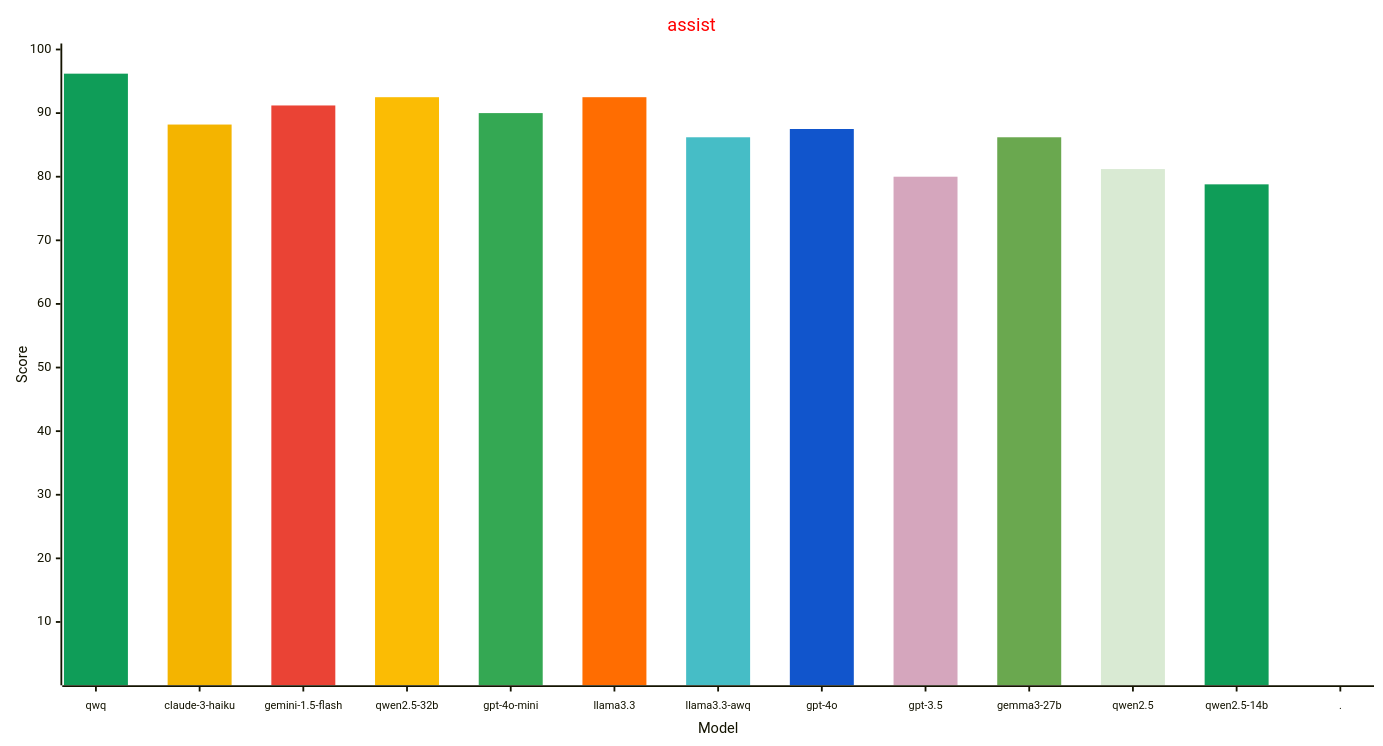
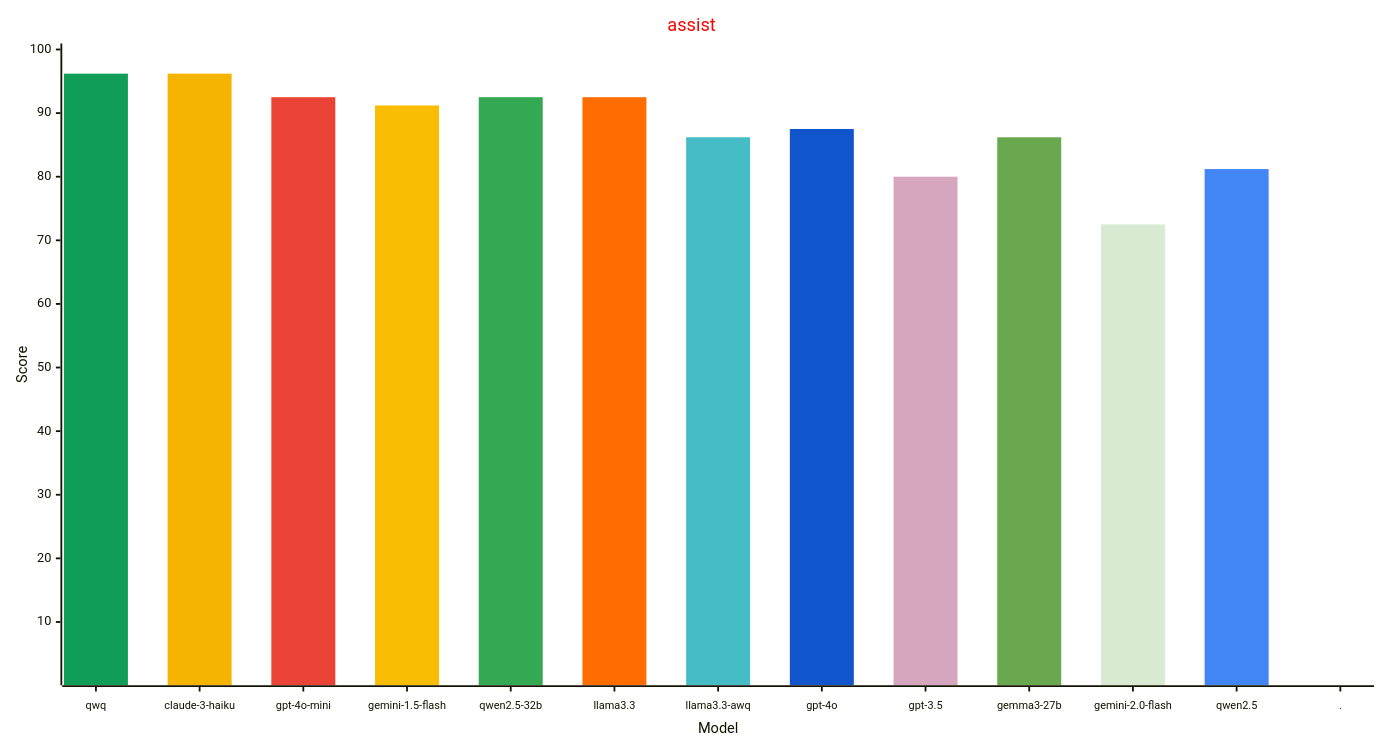
The first of 4 diagrams in reports/README.md (allenporter/home-assistant-datasets), drawn with Mermaid before and after one commit. The commit also changed other lines of this file and 1 other file, not shown here.

````diff
--- a/reports/README.md
+++ b/reports/README.md
@@ -55,33 +55,33 @@
 ```mermaid
 ---
 config:
     xyChart:
         width: 1500
         height: 800
         xAxis:
           labelFontSize: 12
           labelPadding: 8
     themeVariables:
         xyChart:
             titleColor: "#ff0000"
-            plotColorPalette: "#0f9d58, #f4b400, #ea4335, #fbbc04, #34a853, #ff6d01, #46bdc6, #1155cc, #d5a6bd, #6aa84f, #d9ead3, #0f9d58, #4285f4"
+            plotColorPalette: "#0f9d58, #f4b400, #ea4335, #fbbc04, #34a853, #ff6d01, #46bdc6, #1155cc, #d5a6bd, #6aa84f, #d9ead3, #4285f4, #4285f4"
 
 ---
 xychart-beta
   title "assist"
-  x-axis "Model" [qwq, claude-3-haiku, gemini-1.5-flash, qwen2.5-32b, gpt-4o-mini, llama3.3, llama3.3-awq, gpt-4o, gpt-3.5, gemma3-27b, qwen2.5, qwen2.5-14b, .]
+  x-axis "Model" [qwq, claude-3-haiku, gpt-4o-mini, gemini-1.5-flash, qwen2.5-32b, llama3.3, llama3.3-awq, gpt-4o, gpt-3.5, gemma3-27b, gemini-2.0-flash, qwen2.5, .]
   y-axis "Score" 1 --> 100
   bar [96.2, 0.0, 0.0, 0.0, 0.0, 0.0, 0.0, 0.0, 0.0, 0.0, 0.0, 0.0, 0.0]
-  bar [0.0, 88.2, 0.0, 0.0, 0.0, 0.0, 0.0, 0.0, 0.0, 0.0, 0.0, 0.0, 0.0]
-  bar [0.0, 0.0, 91.2, 0.0, 0.0, 0.0, 0.0, 0.0, 0.0, 0.0, 0.0, 0.0, 0.0]
-  bar [0.0, 0.0, 0.0, 92.5, 0.0, 0.0, 0.0, 0.0, 0.0, 0.0, 0.0, 0.0, 0.0]
-  bar [0.0, 0.0, 0.0, 0.0, 90.0, 0.0, 0.0, 0.0, 0.0, 0.0, 0.0, 0.0, 0.0]
+  bar [0.0, 96.2, 0.0, 0.0, 0.0, 0.0, 0.0, 0.0, 0.0, 0.0, 0.0, 0.0, 0.0]
+  bar [0.0, 0.0, 92.5, 0.0, 0.0, 0.0, 0.0, 0.0, 0.0, 0.0, 0.0, 0.0, 0.0]
+  bar [0.0, 0.0, 0.0, 91.2, 0.0, 0.0, 0.0, 0.0, 0.0, 0.0, 0.0, 0.0, 0.0]
+  bar [0.0, 0.0, 0.0, 0.0, 92.5, 0.0, 0.0, 0.0, 0.0, 0.0, 0.0, 0.0, 0.0]
   bar [0.0, 0.0, 0.0, 0.0, 0.0, 92.5, 0.0, 0.0, 0.0, 0.0, 0.0, 0.0, 0.0]
   bar [0.0, 0.0, 0.0, 0.0, 0.0, 0.0, 86.2, 0.0, 0.0, 0.0, 0.0, 0.0, 0.0]
   bar [0.0, 0.0, 0.0, 0.0, 0.0, 0.0, 0.0, 87.5, 0.0, 0.0, 0.0, 0.0, 0.0]
   bar [0.0, 0.0, 0.0, 0.0, 0.0, 0.0, 0.0, 0.0, 80.0, 0.0, 0.0, 0.0, 0.0]
   bar [0.0, 0.0, 0.0, 0.0, 0.0, 0.0, 0.0, 0.0, 0.0, 86.2, 0.0, 0.0, 0.0]
-  bar [0.0, 0.0, 0.0, 0.0, 0.0, 0.0, 0.0, 0.0, 0.0, 0.0, 81.2, 0.0, 0.0]
-  bar [0.0, 0.0, 0.0, 0.0, 0.0, 0.0, 0.0, 0.0, 0.0, 0.0, 0.0, 78.8, 0.0]
+  bar [0.0, 0.0, 0.0, 0.0, 0.0, 0.0, 0.0, 0.0, 0.0, 0.0, 72.5, 0.0, 0.0]
+  bar [0.0, 0.0, 0.0, 0.0, 0.0, 0.0, 0.0, 0.0, 0.0, 0.0, 0.0, 81.2, 0.0]
   bar [0.0, 0.0, 0.0, 0.0, 0.0, 0.0, 0.0, 0.0, 0.0, 0.0, 0.0, 0.0, -1.0]
 ```
````
